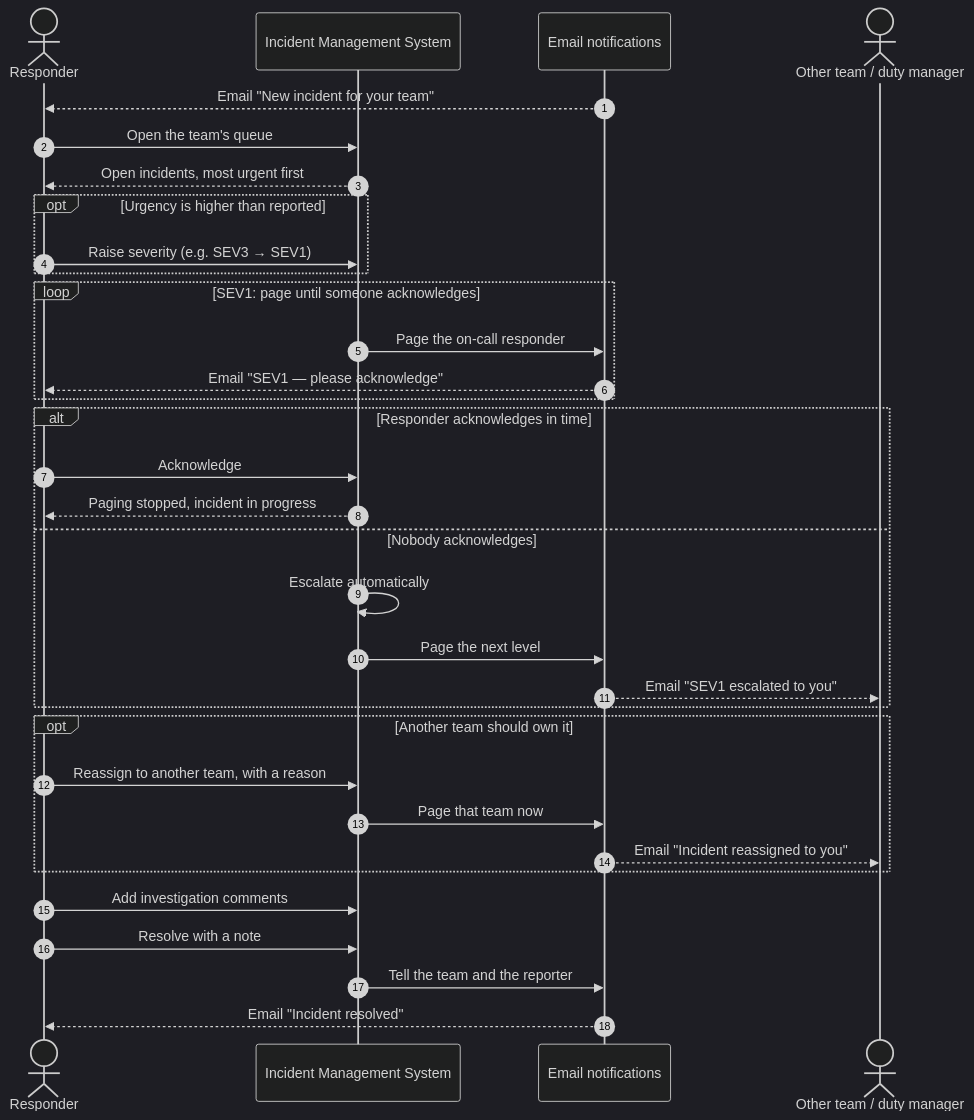
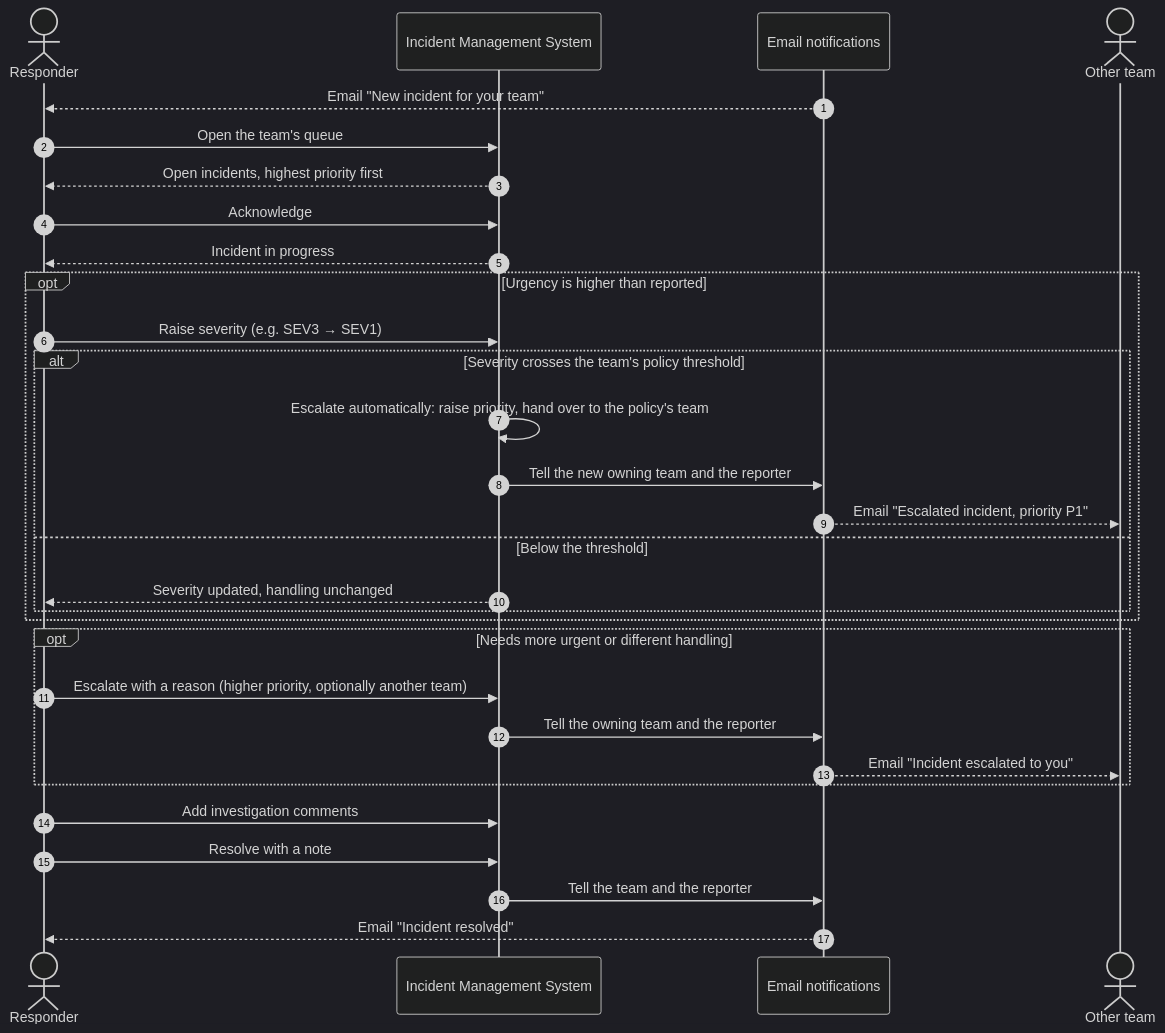
One commit to t-h-e-silence/IncidentManagmentTool changed the second of 2 diagrams in docs/product design/sequenceDiagrams.md. Above: the diagram before and after it, drawn with Mermaid (dark theme). The commit also changed other lines of this file, not shown here.

Commit message:
Additional diagrams.

````diff
--- a/docs/product design/sequenceDiagrams.md
+++ b/docs/product design/sequenceDiagrams.md
@@ -42,41 +43,36 @@
 ```mermaid
 sequenceDiagram
     autonumber
     actor R as Responder
     participant S as Incident Management System
     participant N as Email notifications
-    actor X as Other team / duty manager
+    actor X as Other team
 
     N-->>R: Email "New incident for your team"
     R->>S: Open the team's queue
-    S-->>R: Open incidents, most urgent first
+    S-->>R: Open incidents, highest priority first
+    R->>S: Acknowledge
+    S-->>R: Incident in progress
 
     opt Urgency is higher than reported
         R->>S: Raise severity (e.g. SEV3 → SEV1)
+        alt Severity crosses the team's policy threshold
+            S->>S: Escalate automatically: raise priority, hand over to the policy's team
+            S->>N: Tell the new owning team and the reporter
+            N-->>X: Email "Escalated incident, priority P1"
+        else Below the threshold
+            S-->>R: Severity updated, handling unchanged
+        end
     end
 
-    loop SEV1: page until someone acknowledges
-        S->>N: Page the on-call responder
-        N-->>R: Email "SEV1 — please acknowledge"
-    end
-
-    alt Responder acknowledges in time
-        R->>S: Acknowledge
-        S-->>R: Paging stopped, incident in progress
-    else Nobody acknowledges
-        S->>S: Escalate automatically
-        S->>N: Page the next level
-        N-->>X: Email "SEV1 escalated to you"
-    end
-
-    opt Another team should own it
-        R->>S: Reassign to another team, with a reason
-        S->>N: Page that team now
-        N-->>X: Email "Incident reassigned to you"
+    opt Needs more urgent or different handling
+        R->>S: Escalate with a reason (higher priority, optionally another team)
+        S->>N: Tell the owning team and the reporter
+        N-->>X: Email "Incident escalated to you"
     end
 
     R->>S: Add investigation comments
     R->>S: Resolve with a note
     S->>N: Tell the team and the reporter
     N-->>R: Email "Incident resolved"
 ```
````
